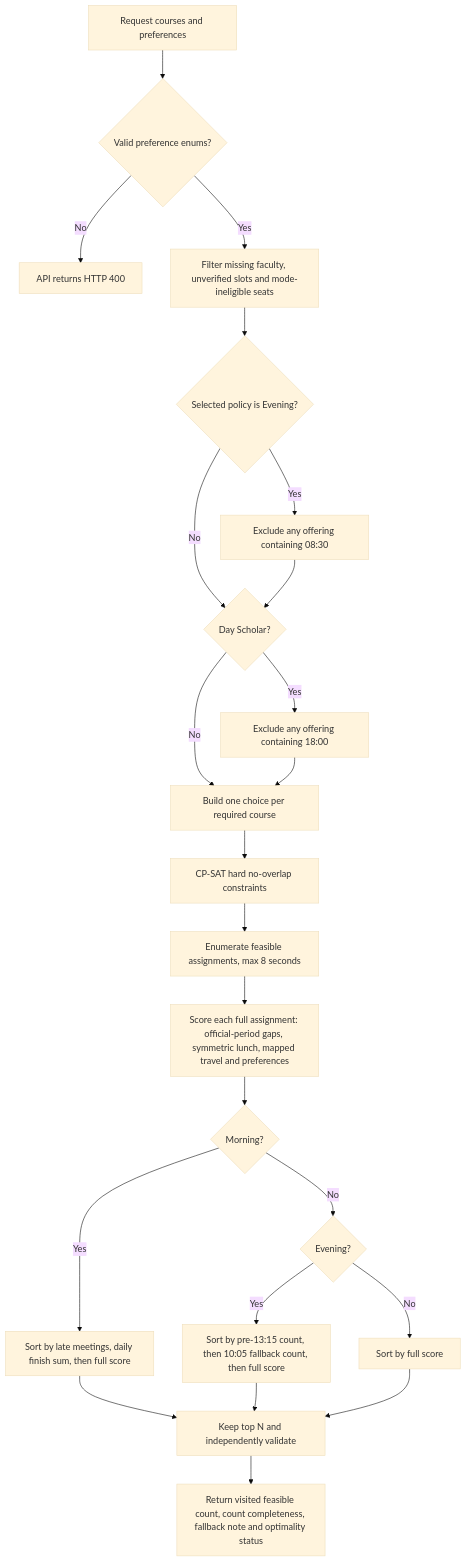
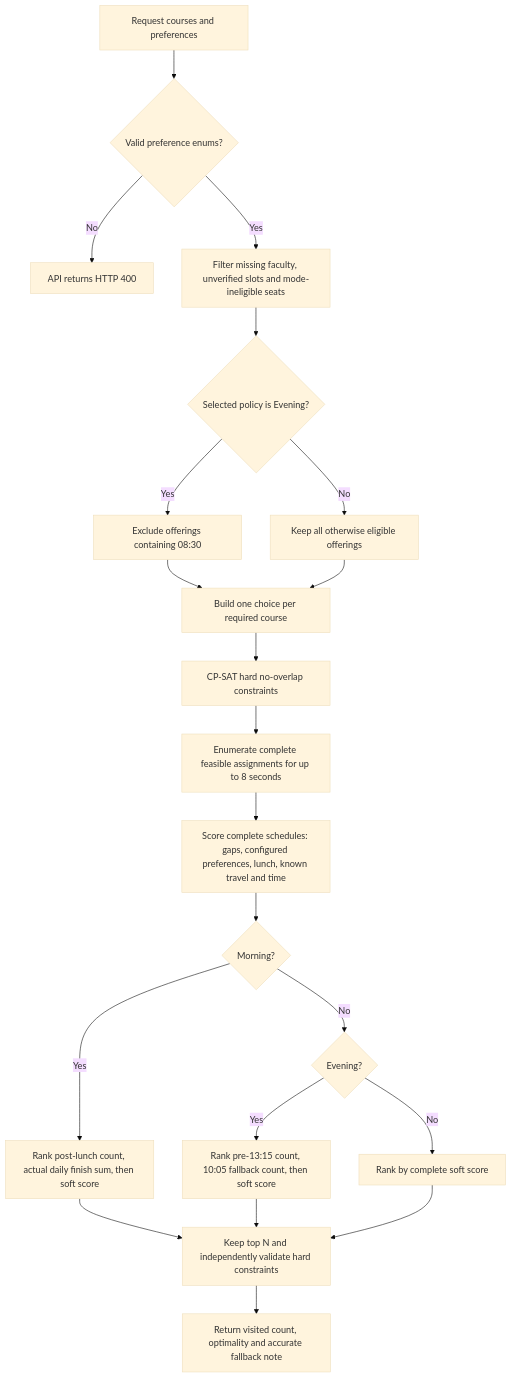
One commit to VISHWESH006/ffcs-os-package changed the diagram in docs/OPTIMIZATION_FLOW.md. Above: the diagram before and after it, drawn with Mermaid (base theme). The commit also changed other lines of this file and 7 other files, not shown here.

````diff
--- a/docs/OPTIMIZATION_FLOW.md
+++ b/docs/OPTIMIZATION_FLOW.md
@@ -44,25 +71,23 @@
 ```mermaid
 flowchart TD
   A[Request courses and preferences] --> B{Valid preference enums?}
   B -- No --> X[API returns HTTP 400]
   B -- Yes --> C[Filter missing faculty, unverified slots and mode-ineligible seats]
   C --> D{Selected policy is Evening?}
-  D -- Yes --> E[Exclude any offering containing 08:30]
-  D -- No --> F{Day Scholar?}
-  E --> F
-  F -- Yes --> G[Exclude any offering containing 18:00]
-  F -- No --> H[Build one choice per required course]
-  G --> H
-  H --> I[CP-SAT hard no-overlap constraints]
-  I --> J[Enumerate feasible assignments, max 8 seconds]
-  J --> K[Score each full assignment: official-period gaps, symmetric lunch, mapped travel and preferences]
-  K --> L{Morning?}
-  L -- Yes --> M[Sort by late meetings, daily finish sum, then full score]
-  L -- No --> N{Evening?}
-  N -- Yes --> O[Sort by pre-13:15 count, then 10:05 fallback count, then full score]
-  N -- No --> P[Sort by full score]
-  M --> Q[Keep top N and independently validate]
-  O --> Q
-  P --> Q
-  Q --> R[Return visited feasible count, count completeness, fallback note and optimality status]
+  D -- Yes --> E[Exclude offerings containing 08:30]
+  D -- No --> F[Keep all otherwise eligible offerings]
+  E --> G[Build one choice per required course]
+  F --> G
+  G --> H[CP-SAT hard no-overlap constraints]
+  H --> I[Enumerate complete feasible assignments for up to 8 seconds]
+  I --> J[Score complete schedules: gaps, configured preferences, lunch, known travel and time]
+  J --> K{Morning?}
+  K -- Yes --> L[Rank post-lunch count, actual daily finish sum, then soft score]
+  K -- No --> M{Evening?}
+  M -- Yes --> N[Rank pre-13:15 count, 10:05 fallback count, then soft score]
+  M -- No --> O[Rank by complete soft score]
+  L --> P[Keep top N and independently validate hard constraints]
+  N --> P
+  O --> P
+  P --> Q[Return visited count, optimality and accurate fallback note]
 ```
````
